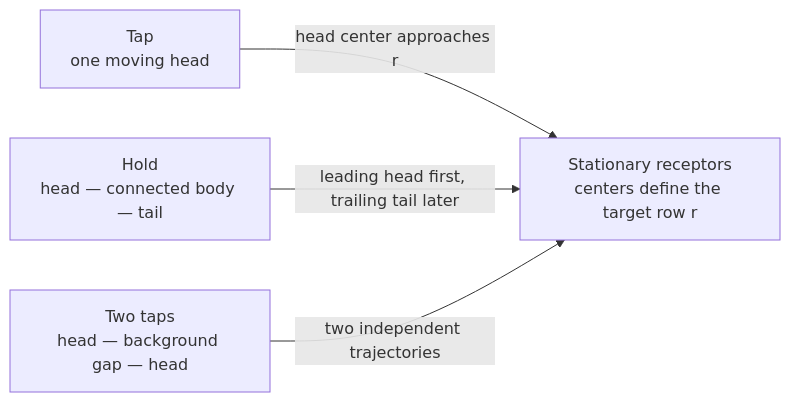
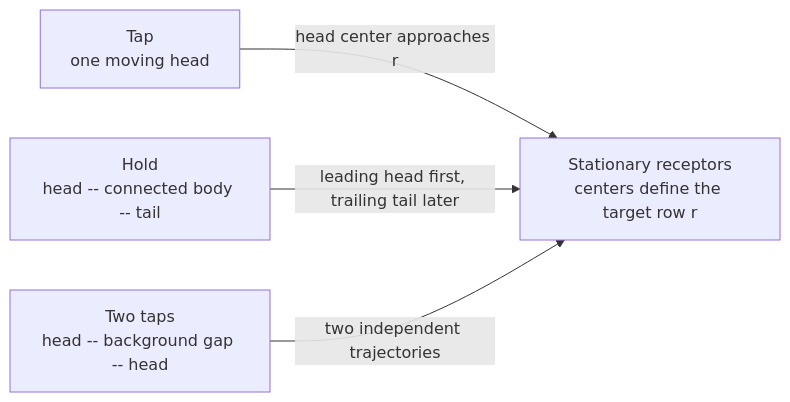
The diagram in docs/gameplay-visual-model.md (lllllrad/piu-video-timeline-generator), drawn with Mermaid before and after one commit. The commit also changed other lines of this file and 12 other files, not shown here.

````diff
--- a/docs/gameplay-visual-model.md
+++ b/docs/gameplay-visual-model.md
@@ -21,10 +27,10 @@
 ```mermaid
 flowchart LR
     A[Stationary receptors<br/>centers define the target row r]
     B[Tap<br/>one moving head]
-    C[Hold<br/>head — connected body — tail]
-    D[Two taps<br/>head — background gap — head]
+    C[Hold<br/>head -- connected body -- tail]
+    D[Two taps<br/>head -- background gap -- head]
     B -->|head center approaches r| A
     C -->|leading head first, trailing tail later| A
     D -->|two independent trajectories| A
 ```
````
